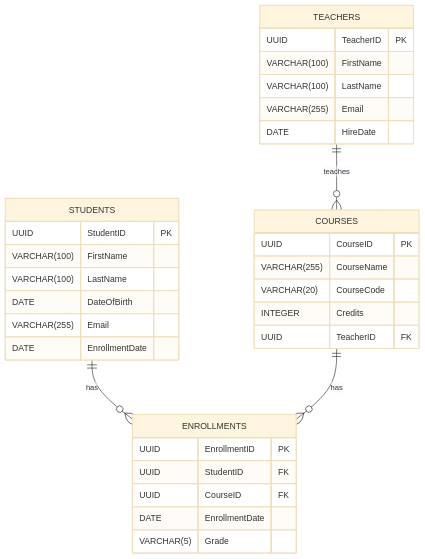
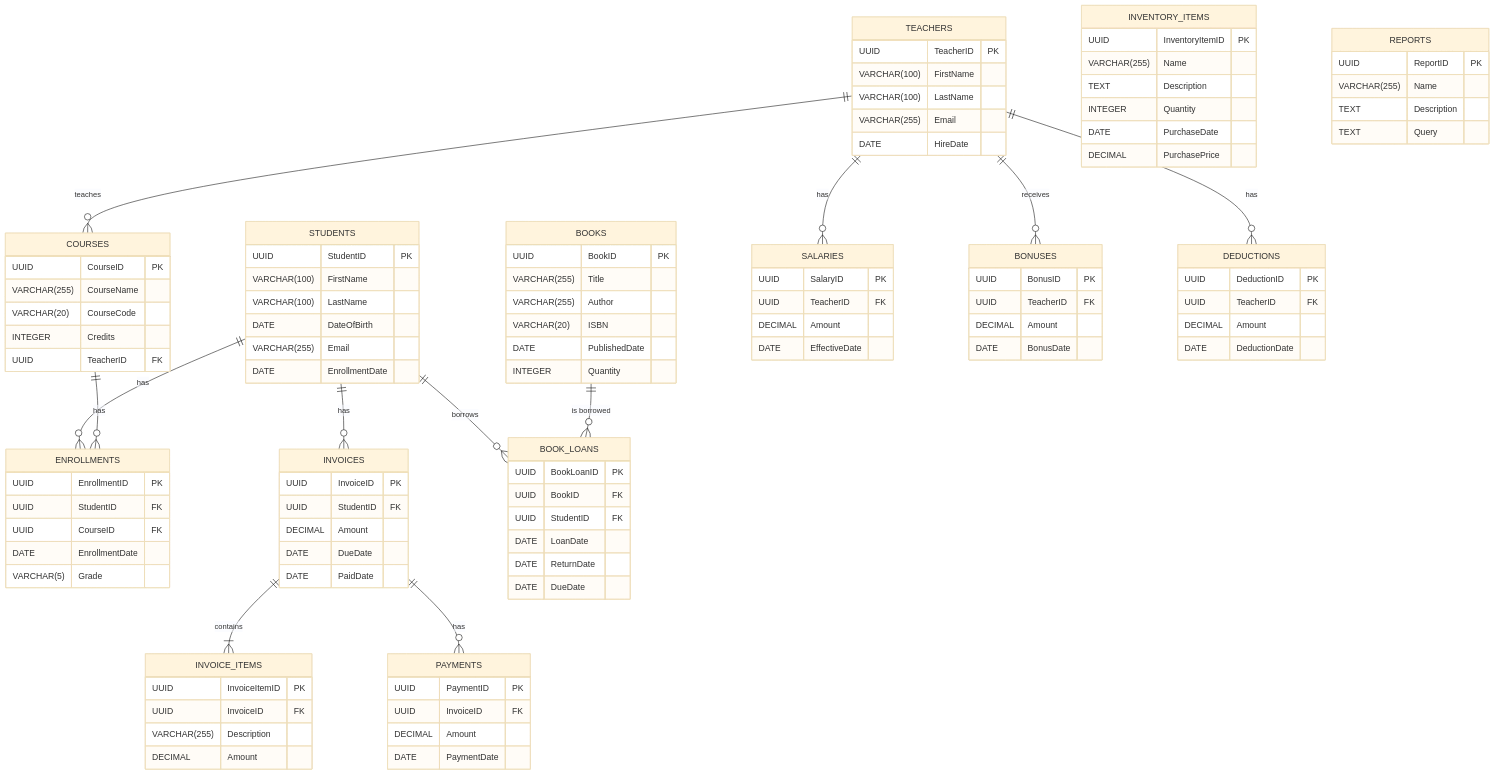
Before and after one commit to 0Ankit0/School_Management_System: the diagram in docs/Database_Schema.md, drawn with Mermaid (base theme). The commit also changed other lines of this file and 9 other files, not shown here.

````diff
--- a/docs/Database_Schema.md
+++ b/docs/Database_Schema.md
@@ -538,6 +496,14 @@
     STUDENTS ||--o{ ENROLLMENTS : "has"
     COURSES ||--o{ ENROLLMENTS : "has"
     TEACHERS ||--o{ COURSES : "teaches"
+    STUDENTS ||--o{ INVOICES : "has"
+    INVOICES ||--|{ INVOICE_ITEMS : "contains"
+    INVOICES ||--o{ PAYMENTS : "has"
+    STUDENTS ||--o{ BOOK_LOANS : "borrows"
+    BOOKS ||--o{ BOOK_LOANS : "is borrowed"
+    TEACHERS ||--o{ SALARIES : "has"
+    TEACHERS ||--o{ BONUSES : "receives"
+    TEACHERS ||--o{ DEDUCTIONS : "has"
 
     STUDENTS {
         UUID StudentID PK
@@ -571,4 +537,81 @@
         DATE EnrollmentDate
         VARCHAR(5) Grade
     }
+
+    INVOICES {
+        UUID InvoiceID PK
+        UUID StudentID FK
+        DECIMAL Amount
+        DATE DueDate
+        DATE PaidDate
+    }
+
+    INVOICE_ITEMS {
+        UUID InvoiceItemID PK
+        UUID InvoiceID FK
+        VARCHAR(255) Description
+        DECIMAL Amount
+    }
+
+    PAYMENTS {
+        UUID PaymentID PK
+        UUID InvoiceID FK
+        DECIMAL Amount
+        DATE PaymentDate
+    }
+
+    BOOKS {
+        UUID BookID PK
+        VARCHAR(255) Title
+        VARCHAR(255) Author
+        VARCHAR(20) ISBN
+        DATE PublishedDate
+        INTEGER Quantity
+    }
+
+    BOOK_LOANS {
+        UUID BookLoanID PK
+        UUID BookID FK
+        UUID StudentID FK
+        DATE LoanDate
+        DATE ReturnDate
+        DATE DueDate
+    }
+
+    INVENTORY_ITEMS {
+        UUID InventoryItemID PK
+        VARCHAR(255) Name
+        TEXT Description
+        INTEGER Quantity
+        DATE PurchaseDate
+        DECIMAL PurchasePrice
+    }
+
+    SALARIES {
+        UUID SalaryID PK
+        UUID TeacherID FK
+        DECIMAL Amount
+        DATE EffectiveDate
+    }
+
+    BONUSES {
+        UUID BonusID PK
+        UUID TeacherID FK
+        DECIMAL Amount
+        DATE BonusDate
+    }
+
+    DEDUCTIONS {
+        UUID DeductionID PK
+        UUID TeacherID FK
+        DECIMAL Amount
+        DATE DeductionDate
+    }
+
+    REPORTS {
+        UUID ReportID PK
+        VARCHAR(255) Name
+        TEXT Description
+        TEXT Query
+    }
 ```
````
